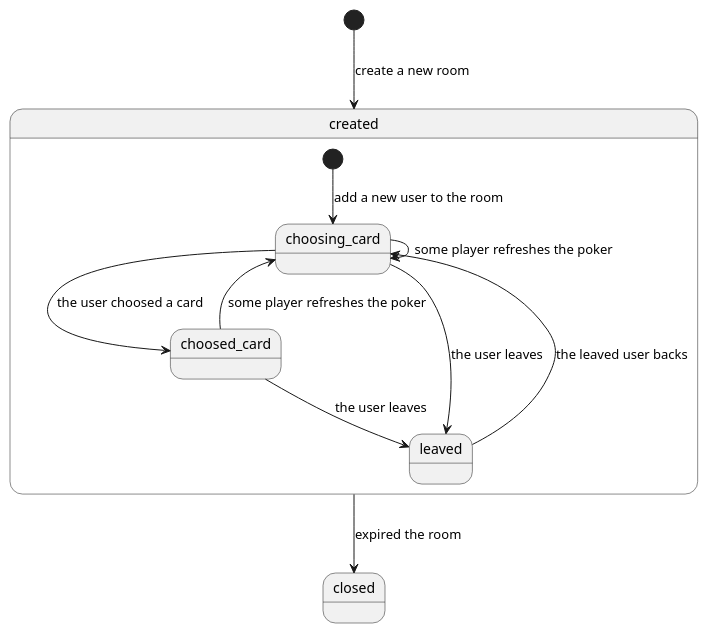
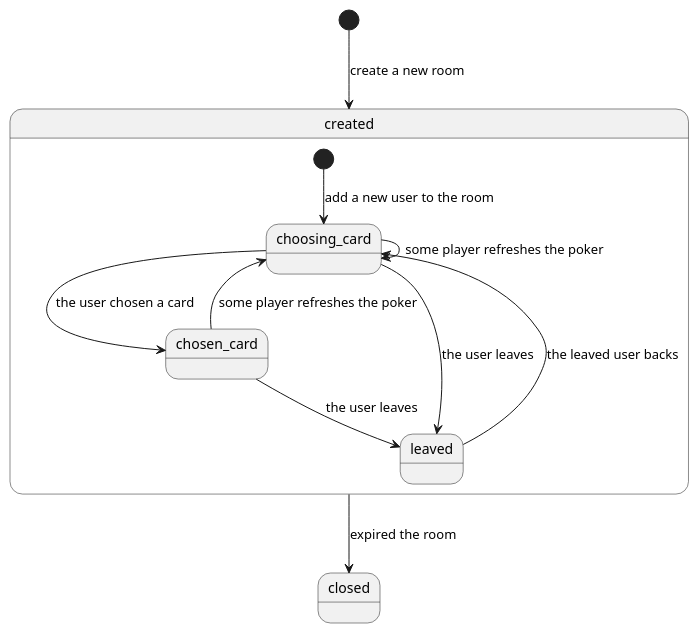
One commit to yuizho/salon changed the diagram in doc/product/state_transition.puml. Above: the diagram before and after it, drawn with PlantUML. The commit also changed 6 other files, not shown here.

Commit message:
modify typo of status (CHOOSED -> CHOSEN)

```diff
--- a/doc/product/state_transition.puml
+++ b/doc/product/state_transition.puml
@@ -1,16 +1,16 @@
 @startuml
 
 [*] --> created: create a new room
 state created {
     [*] --> choosing_card: add a new user to the room
     choosing_card --> choosing_card: some player refreshes the poker
-    choosing_card --> choosed_card: the user choosed a card
-    choosed_card --> choosing_card: some player refreshes the poker
+    choosing_card --> chosen_card: the user chosen a card
+    chosen_card --> choosing_card: some player refreshes the poker
     choosing_card --> leaved: the user leaves
-    choosed_card --> leaved: the user leaves
+    chosen_card --> leaved: the user leaves
     leaved --> choosing_card: the leaved user backs
 }
 
 created --> closed: expired the room
 
 @enduml
```
